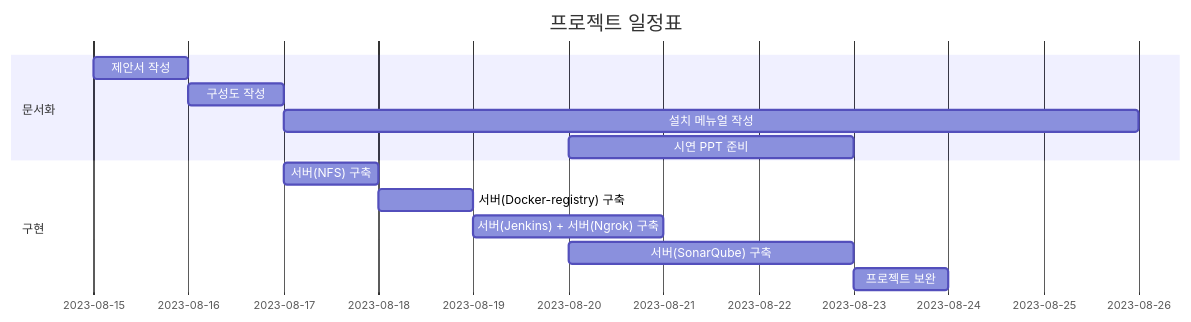
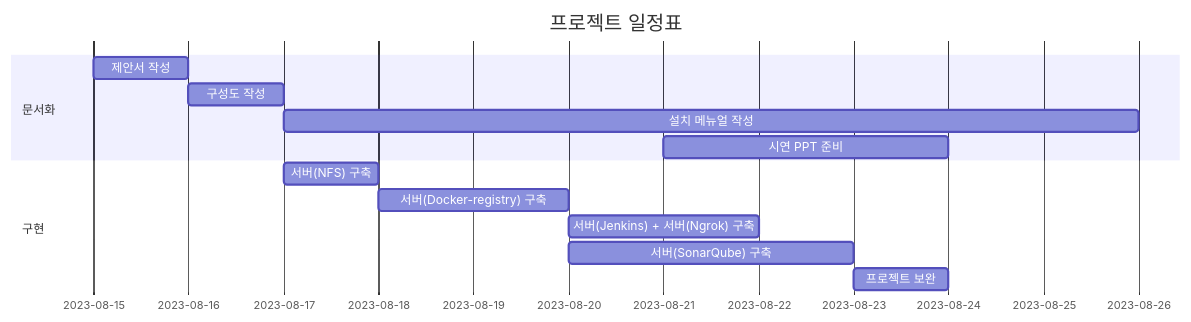
One commit to KimJeongHoon190/First_Project changed the diagram in README.md. Above: the diagram before and after it, drawn with Mermaid.

````diff
--- a/README.md
+++ b/README.md
@@ -3,18 +3,18 @@
 ```mermaid
 gantt
     title 프로젝트 일정표
     dateFormat  YYYY-MM-DD
     section 문서화
     제안서 작성 : a1, 2023-08-15, 1d
     구성도 작성 : after a1, 1d
     설치 메뉴얼 작성 : after a1, 2023-08-17, 9d
-    시연 PPT 준비 : after a1, 2023-08-20, 3d
+    시연 PPT 준비 : after a1, 2023-08-21, 3d
    
 
     section 구현
     서버(NFS) 구축 : b1, 2023-08-17, 1d
-    서버(Docker-registry) 구축 : b2, 2023-08-18, 1d
+    서버(Docker-registry) 구축 : b2, 2023-08-18, 2d
     서버(Jenkins) + 서버(Ngrok) 구축 : after b2, 2d
     서버(SonarQube) 구축 : b3, 2023-08-20, 3d
     프로젝트 보완 : after b3, 1d
 ```
````
